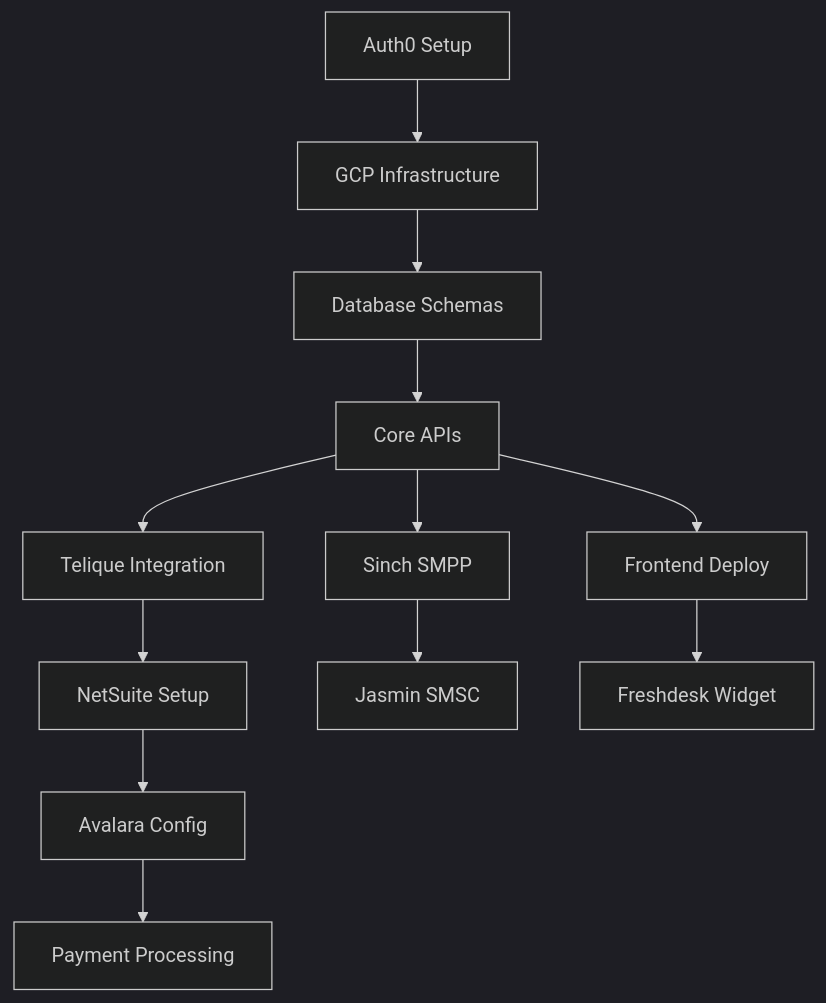
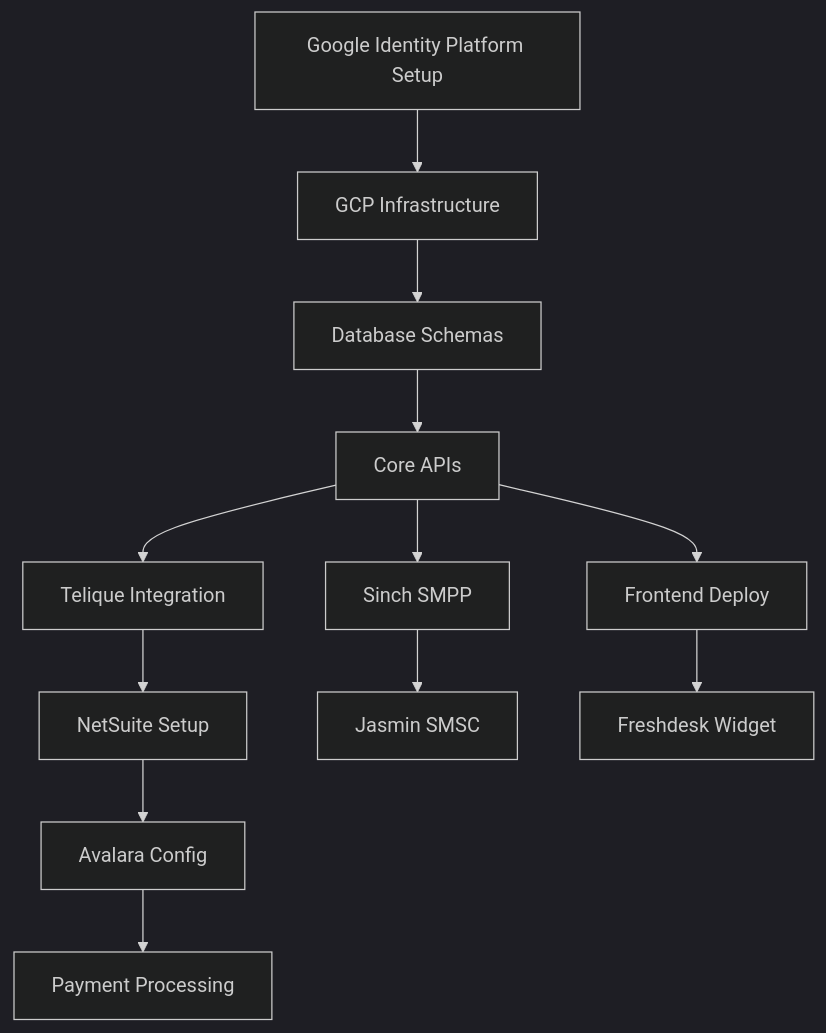
One commit to teliax/ringer-warp changed the diagram in docs/INTEGRATION_MATRIX.md. Above: the diagram before and after it, drawn with Mermaid (dark theme). The commit also changed other lines of this file and 19 other files, not shown here.

Commit message:
Update environment configuration and documentation to reflect transition from Auth0 to Google Identity Platform. Removed deprecated sections from .env files, updated README and architectural decisions, and ensured consistency across documentation regarding authentication strategy.

````diff
--- a/docs/INTEGRATION_MATRIX.md
+++ b/docs/INTEGRATION_MATRIX.md
@@ -52,14 +52,14 @@
 ```mermaid
 graph TD
-    A[Auth0 Setup] --> B[GCP Infrastructure]
+    A[Google Identity Platform Setup] --> B[GCP Infrastructure]
     B --> C[Database Schemas]
     C --> D[Core APIs]
     D --> E[Telique Integration]
     E --> F[NetSuite Setup]
     F --> G[Avalara Config]
     G --> H[Payment Processing]
     D --> I[Sinch SMPP]
     I --> J[Jasmin SMSC]
     D --> K[Frontend Deploy]
     K --> L[Freshdesk Widget]
 ```
````
